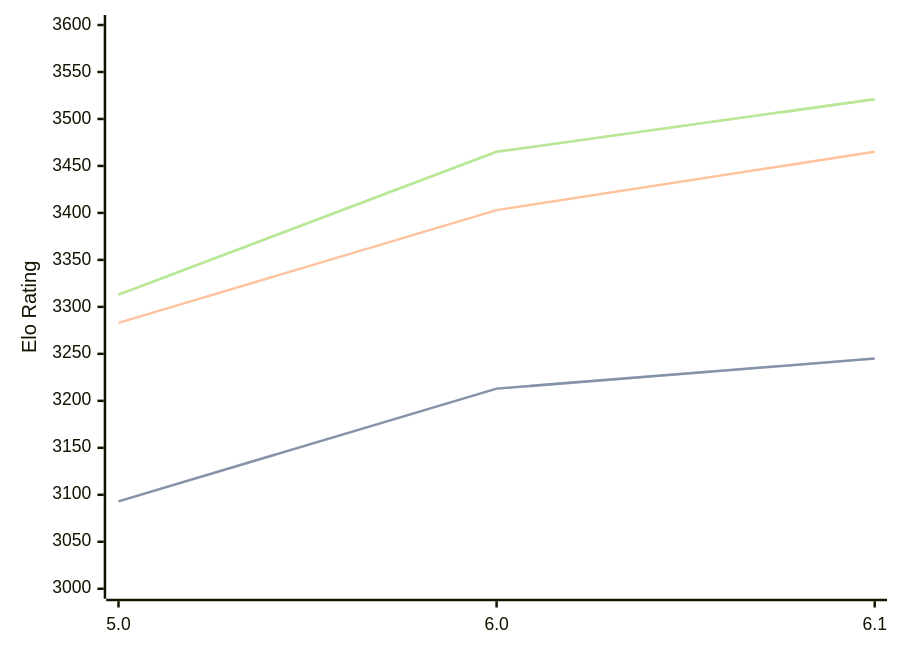
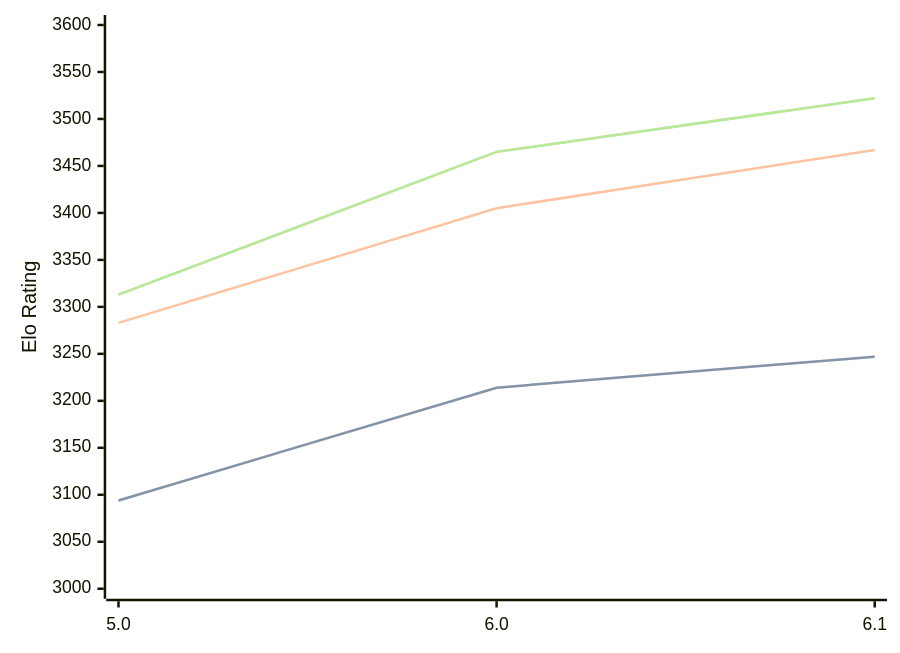
The diagram in engines/PZChessBot.md (computer-chess-index/cci), drawn with Mermaid before and after one commit. The commit also changed other lines of this file, not shown here.

Commit message:
Update CCI Ratings (ELO VLTC) - 2026-05-04

````diff
--- a/engines/PZChessBot.md
+++ b/engines/PZChessBot.md
@@ -42,11 +42,11 @@
 ```mermaid
 %%{init: {"theme":"base","themeVariables":{"seriesColors:['#a3a3a3','#222221','#faa371']}}}%%
 xychart-beta
   x-axis ["5.0", "6.0", "6.1"]
   y-axis "Elo Rating" 3000 --> 3600
-  line "STC (8.0+0.08s)" [3093, 3213, 3245]
-  line "STC (8.0+0.08s)" [3093, 3213, 3245]
-  line "LTC (60.0+0.60s)" [3283, 3403, 3465]
-  line "VLTC (2m24s+1.12s)" [3313, 3465, 3521]
-  line "VLTC (2m24s+1.12s)" [3313, 3465, 3521]
+  line "STC (8.0+0.08s)" [3094, 3214, 3247]
+  line "STC (8.0+0.08s)" [3094, 3214, 3247]
+  line "LTC (60.0+0.60s)" [3283, 3405, 3467]
+  line "VLTC (2m24s+1.12s)" [3313, 3465, 3522]
+  line "VLTC (2m24s+1.12s)" [3313, 3465, 3522]
 ```
````
